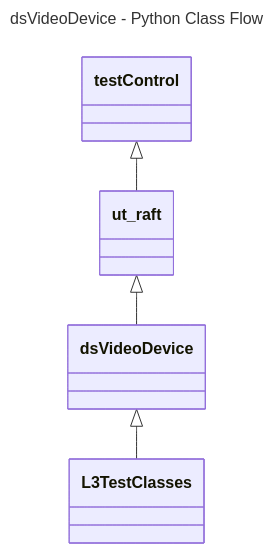
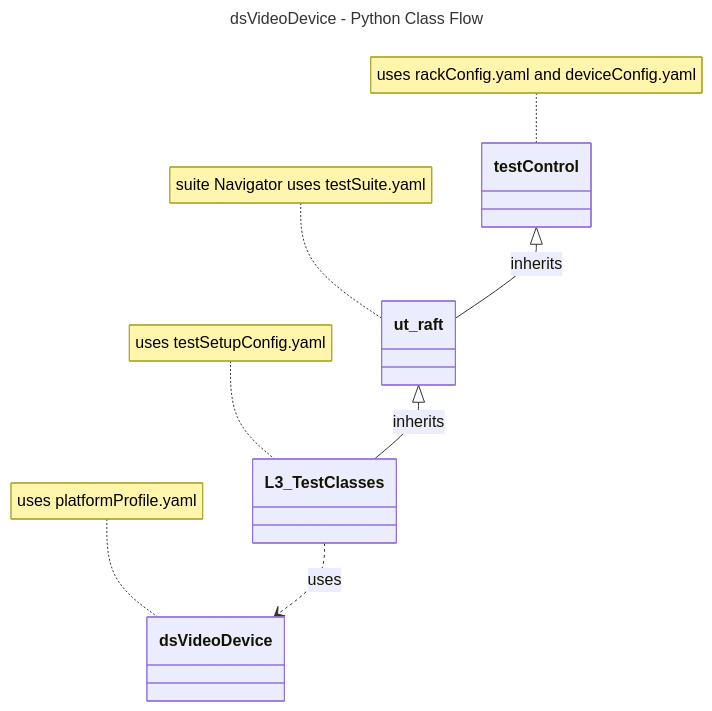
One commit to rdkcentral/rdk-halif-test-device_settings changed the diagram in docs/pages/dsVideoDevice/ds-video-device_L3_Low-Level_TestSpecification.md. Above: the diagram before and after it, drawn with Mermaid. The commit also changed other lines of this file, not shown here.

````diff
--- a/docs/pages/dsVideoDevice/ds-video-device_L3_Low-Level_TestSpecification.md
+++ b/docs/pages/dsVideoDevice/ds-video-device_L3_Low-Level_TestSpecification.md
@@ -53,11 +53,15 @@
 ```mermaid
 ---
 title: dsVideoDevice - Python Class Flow
 ---
 classDiagram
-    testControl <|-- ut_raft
+    testControl <|-- ut_raft : inherits
     class ut_raft{
     }
-    ut_raft <|-- dsVideoDevice
-    dsVideoDevice <|-- L3TestClasses
+    ut_raft <|-- L3_TestClasses : inherits
+    L3_TestClasses ..> dsVideoDevice : uses
+    note for testControl "uses rackConfig.yaml and deviceConfig.yaml"
+    note for dsVideoDevice "uses platformProfile.yaml"
+    note for L3_TestClasses "uses testSetupConfig.yaml"
+    note for ut_raft "suite Navigator uses testSuite.yaml"
 ```
````
